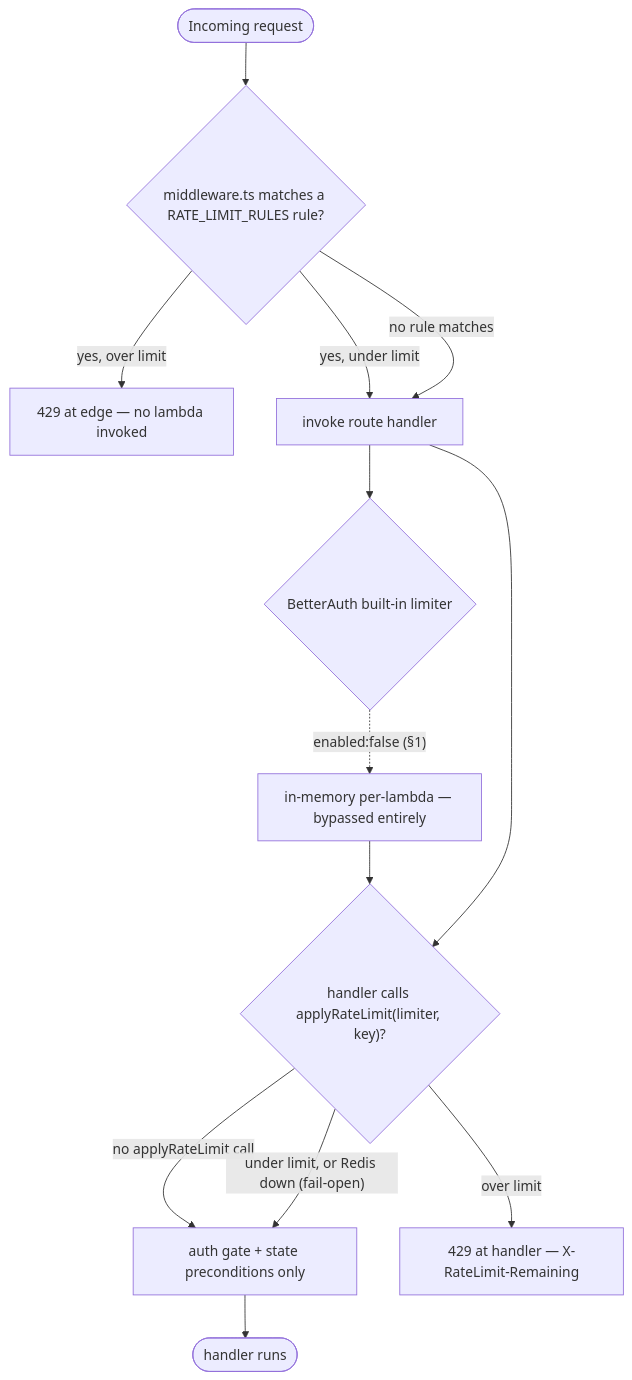
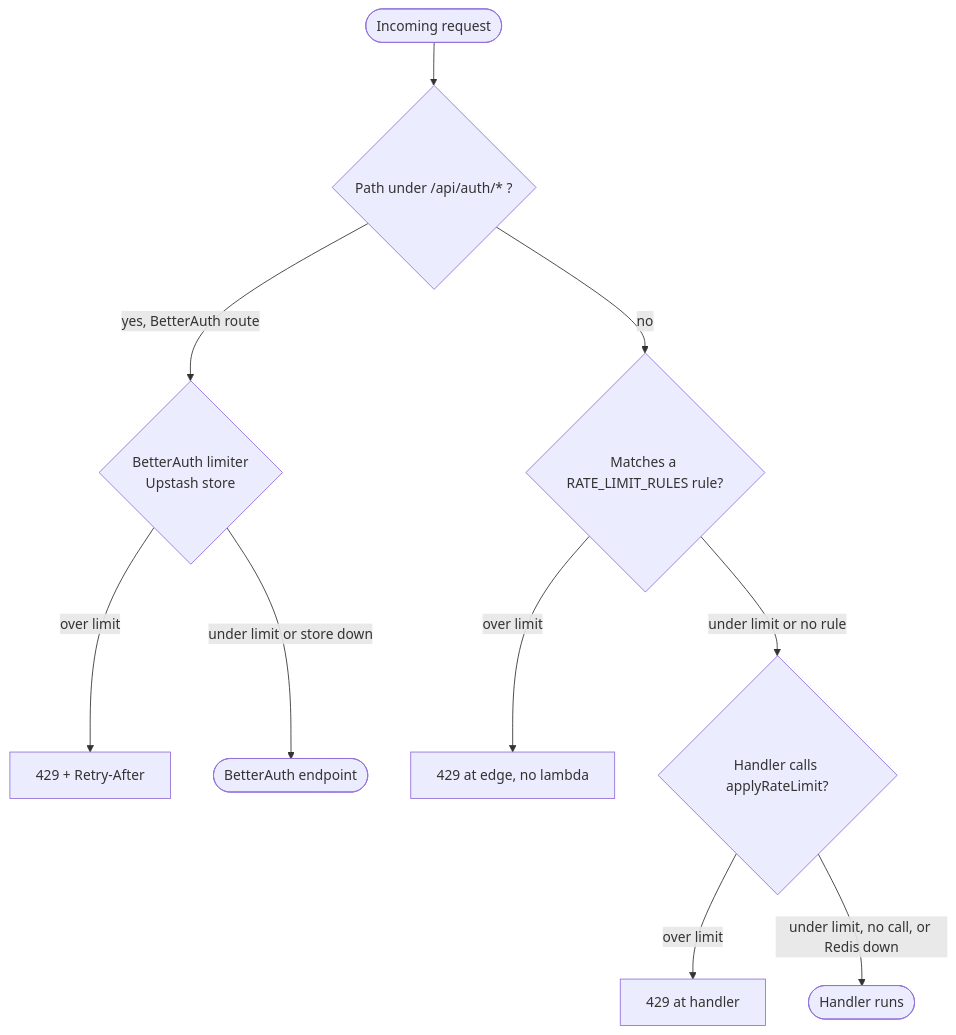
Before and after one commit to Practitionist/familiarise_web: the diagram in docs/enterprise/20-iam-and-security/04-rate-limiting.md, drawn with Mermaid. The commit also changed other lines of this file, not shown here.

First line of the commit message:
docs(enterprise): describe the rate limiter that actually runs

````diff
--- a/docs/enterprise/20-iam-and-security/04-rate-limiting.md
+++ b/docs/enterprise/20-iam-and-security/04-rate-limiting.md
@@ -66,15 +49,12 @@
 ```mermaid
 flowchart TD
-  REQ([Incoming request]) --> MW{"middleware.ts matches a RATE_LIMIT_RULES rule?"}
-  MW -->|yes, over limit| R429edge["429 at edge — no lambda invoked"]
-  MW -->|yes, under limit| INVOKE[invoke route handler]
-  MW -->|no rule matches| INVOKE
-  INVOKE --> BA{"BetterAuth built-in limiter"}
-  BA -.->|"enabled:false (§1)"| SKIP["in-memory per-lambda — bypassed entirely"]
-  SKIP --> HANDLER
-  INVOKE --> HANDLER{"handler calls applyRateLimit(limiter, key)?"}
-  HANDLER -->|no applyRateLimit call| GATE["auth gate + state preconditions only"]
-  HANDLER -->|over limit| R429h["429 at handler — X-RateLimit-Remaining"]
-  HANDLER -->|"under limit, or Redis down (fail-open)"| GATE
-  GATE --> OK([handler runs])
+  REQ([Incoming request]) --> AUTH{"Path under /api/auth/* ?"}
+  AUTH -->|"yes, BetterAuth route"| BA{"BetterAuth limiter<br/>Upstash store"}
+  BA -->|over limit| R429ba["429 + Retry-After"]
+  BA -->|"under limit or store down"| EP([BetterAuth endpoint])
+  AUTH -->|no| MW{"Matches a RATE_LIMIT_RULES rule?"}
+  MW -->|over limit| R429edge["429 at edge, no lambda"]
+  MW -->|"under limit or no rule"| HANDLER{"Handler calls applyRateLimit?"}
+  HANDLER -->|over limit| R429h["429 at handler"]
+  HANDLER -->|"under limit, no call, or Redis down"| OK([Handler runs])
 ```
````
